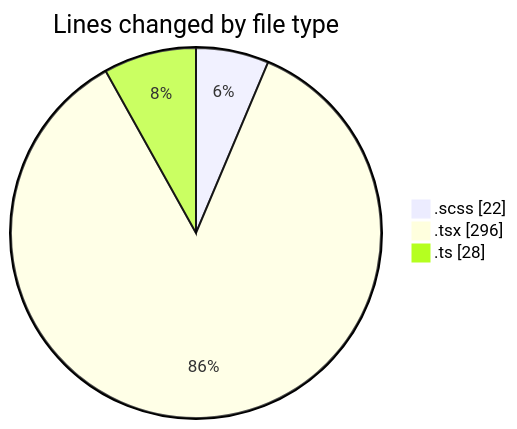
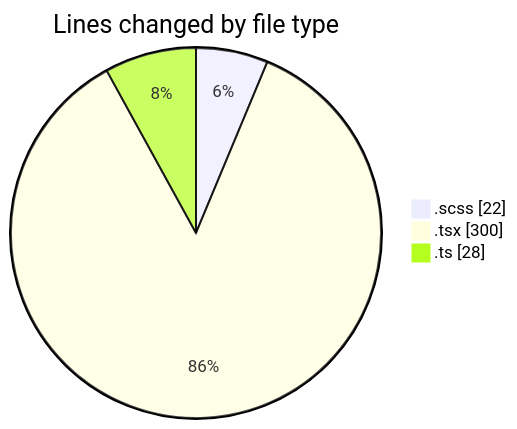
The first of 2 diagrams in 2025-02-10/cda/README.md (momahboobian/code-tracking), drawn with Mermaid before and after one commit. The commit also changed other lines of this file and 1 other file, not shown here.

````diff
--- a/2025-02-10/cda/README.md
+++ b/2025-02-10/cda/README.md
@@ -22,7 +22,7 @@
 ```mermaid
 pie showData
 title Lines changed by file type
 ".scss" : 22
-".tsx" : 296
+".tsx" : 300
 ".ts" : 28
 ```
````
